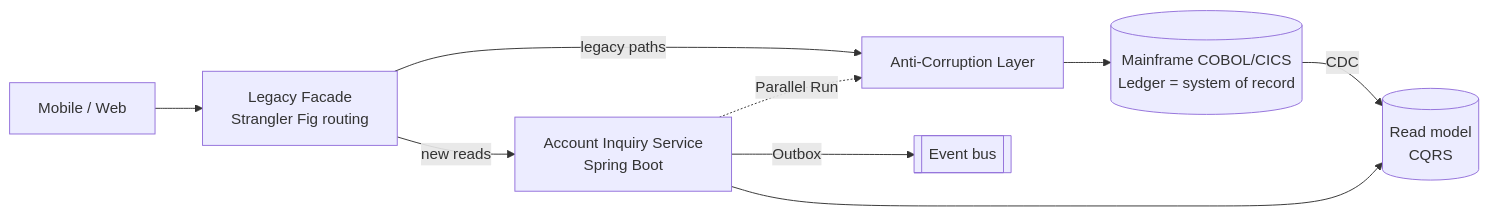
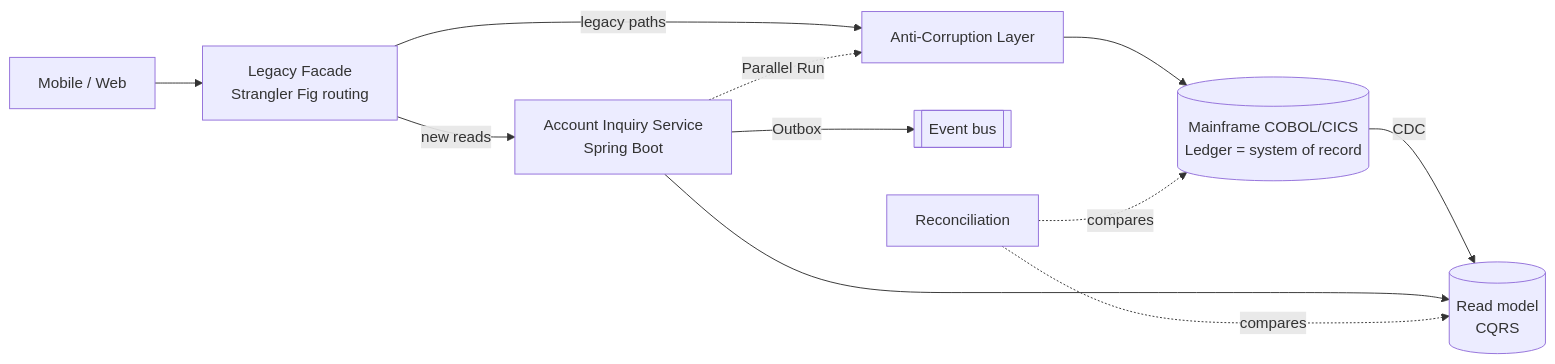
One commit to wallaceespindola/legacy-modernization-patterns changed the first of 3 diagrams in README.md. Above: the diagram before and after it, drawn with Mermaid. The commit also changed other lines of this file, not shown here.

````diff
--- a/README.md
+++ b/README.md
@@ -33,11 +33,13 @@
 ```mermaid
 flowchart LR
     Client[Mobile / Web] --> GW["Legacy Facade<br/>Strangler Fig routing"]
     GW -->|new reads| Inquiry["Account Inquiry Service<br/>Spring Boot"]
     GW -->|legacy paths| ACL[Anti-Corruption Layer]
     ACL --> MF[("Mainframe COBOL/CICS<br/>Ledger = system of record")]
     MF -->|CDC| ReadDB[("Read model<br/>CQRS")]
     Inquiry --> ReadDB
     Inquiry -. Parallel Run .-> ACL
     Inquiry -->|Outbox| Bus[["Event bus"]]
+    Recon["Reconciliation"] -. compares .-> MF
+    Recon -. compares .-> ReadDB
 ```
````
